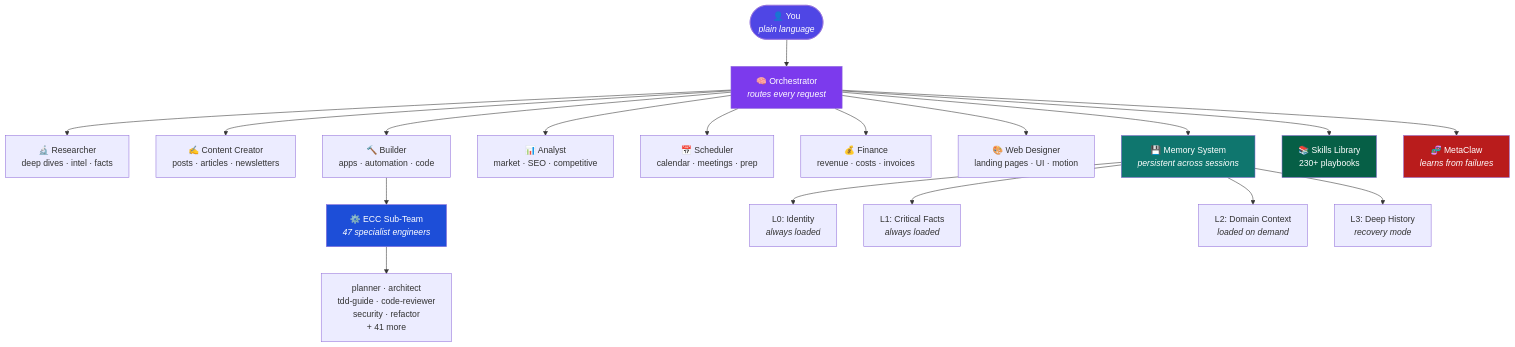
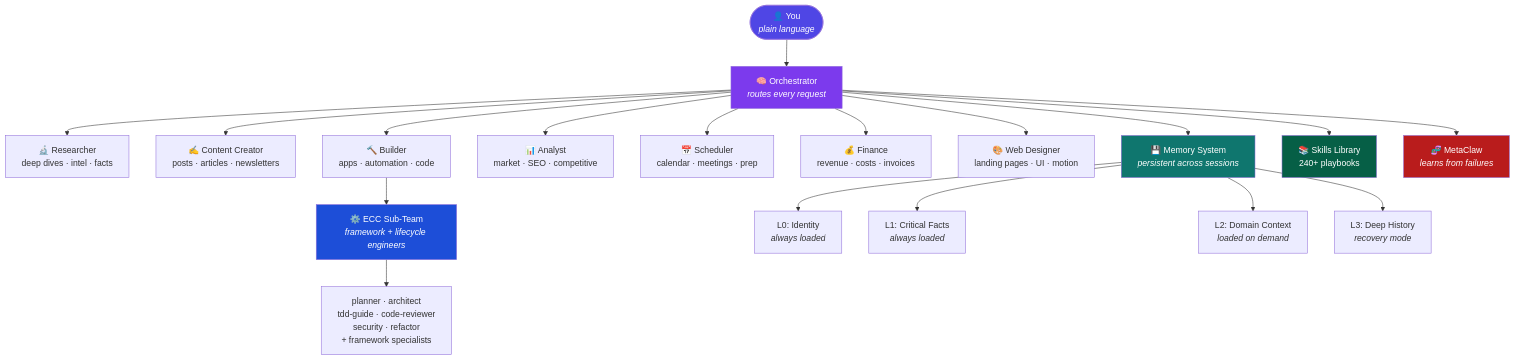
One commit to ChrisJDiMarco/jarvis-universal changed the diagram in README.md. Above: the diagram before and after it, drawn with Mermaid. The commit also changed other lines of this file and 1 other file, not shown here.

````diff
--- a/README.md
+++ b/README.md
@@ -144,34 +144,34 @@
 ```mermaid
 graph TD
     You(["👤 You<br/><i>plain language</i>"])
 
     You --> ORCH["🧠 Orchestrator<br/><i>routes every request</i>"]
 
     ORCH --> R["🔬 Researcher<br/>deep dives · intel · facts"]
     ORCH --> C["✍️ Content Creator<br/>posts · articles · newsletters"]
     ORCH --> B["🔨 Builder<br/>apps · automation · code"]
     ORCH --> A["📊 Analyst<br/>market · SEO · competitive"]
     ORCH --> S["📅 Scheduler<br/>calendar · meetings · prep"]
     ORCH --> F["💰 Finance<br/>revenue · costs · invoices"]
     ORCH --> W["🎨 Web Designer<br/>landing pages · UI · motion"]
 
-    B --> ECC["⚙️ ECC Sub-Team<br/><i>47 specialist engineers</i>"]
+    B --> ECC["⚙️ ECC Sub-Team<br/><i>framework + lifecycle engineers</i>"]
 
-    ECC --> P["planner · architect<br/>tdd-guide · code-reviewer<br/>security · refactor<br/>+ 41 more"]
+    ECC --> P["planner · architect<br/>tdd-guide · code-reviewer<br/>security · refactor<br/>+ framework specialists"]
 
     ORCH --> MEM["💾 Memory System<br/><i>persistent across sessions</i>"]
     MEM --> L0["L0: Identity<br/><i>always loaded</i>"]
     MEM --> L1["L1: Critical Facts<br/><i>always loaded</i>"]
     MEM --> L2["L2: Domain Context<br/><i>loaded on demand</i>"]
     MEM --> L3["L3: Deep History<br/><i>recovery mode</i>"]
 
-    ORCH --> SK["📚 Skills Library<br/>230+ playbooks"]
+    ORCH --> SK["📚 Skills Library<br/>240+ playbooks"]
     ORCH --> MC["🧬 MetaClaw<br/><i>learns from failures</i>"]
 
     style You fill:#4f46e5,color:#fff
     style ORCH fill:#7c3aed,color:#fff
     style MEM fill:#0f766e,color:#fff
     style MC fill:#b91c1c,color:#fff
     style ECC fill:#1d4ed8,color:#fff
     style SK fill:#065f46,color:#fff
 ```
````
